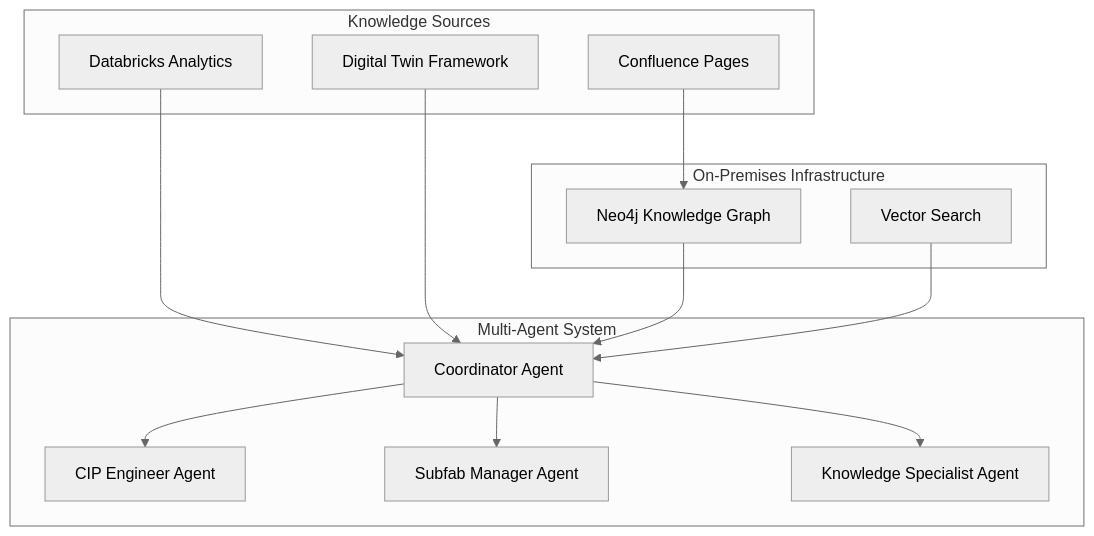
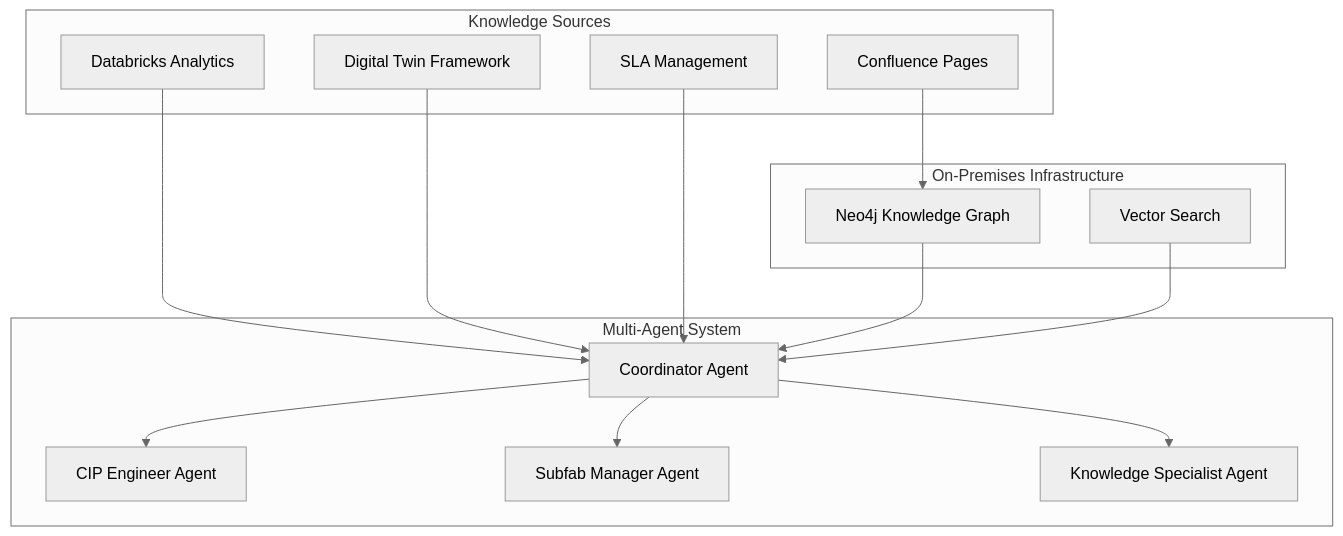
One commit to StephanieHepp/Risk-Assessment changed the diagram in README.md. Above: the diagram before and after it, drawn with Mermaid (neutral theme). The commit also changed other lines of this file, not shown here.

````diff
--- a/README.md
+++ b/README.md
@@ -87,29 +130,31 @@
 ```mermaid
 graph TB
     subgraph "Knowledge Sources"
         CF[Confluence Pages]
         DB[Databricks Analytics] 
         DTF[Digital Twin Framework]
+        SLA[SLA Management]
     end
     
     subgraph "On-Premises Infrastructure"
         KG[Neo4j Knowledge Graph]
         VS[Vector Search]
     end
     
     subgraph "Multi-Agent System"
         COORD[Coordinator Agent]
         CIPE[CIP Engineer Agent]
         SFM[Subfab Manager Agent]
         KS[Knowledge Specialist Agent]
     end
     
     CF --> KG
     DB --> COORD
     DTF --> COORD
+    SLA --> COORD
     KG --> COORD
     VS --> COORD
     COORD --> CIPE
     COORD --> SFM
     COORD --> KS
 ```
````
